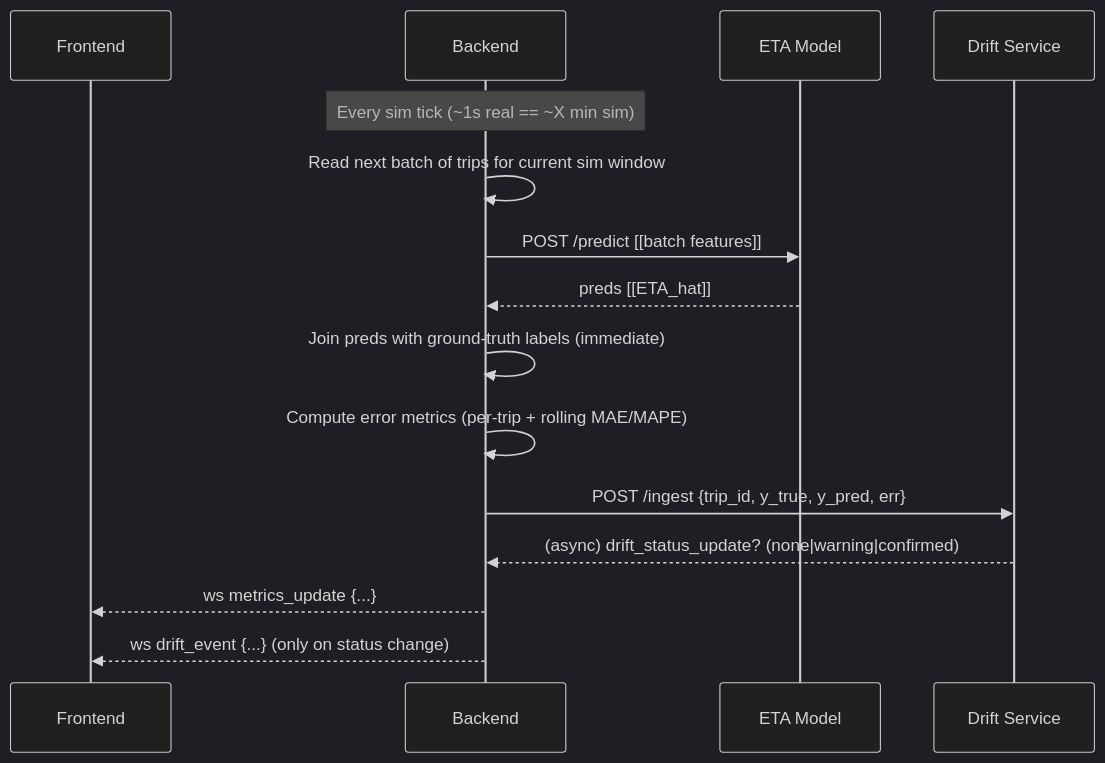
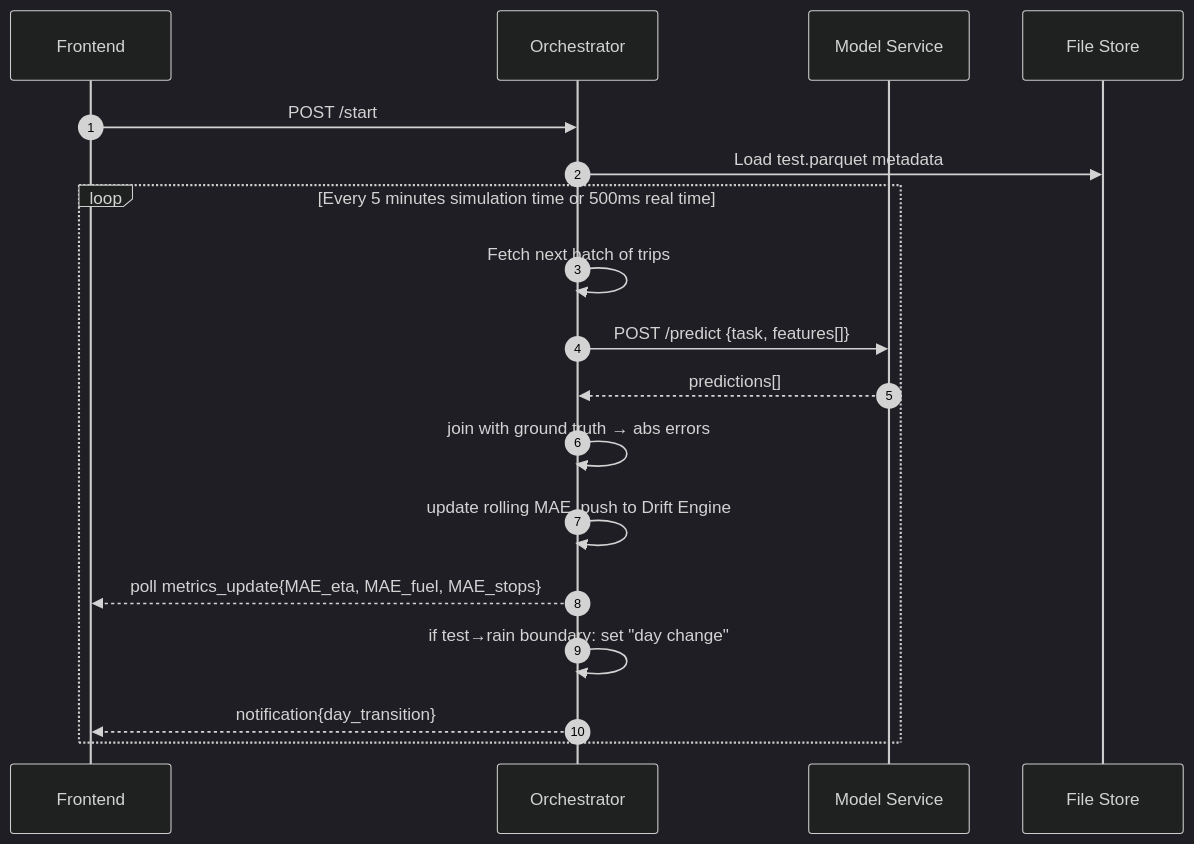
The second of 4 diagrams in platform.md (geokyr/diploma-thesis), drawn with Mermaid (dark theme) before and after one commit. The commit also changed other lines of this file, not shown here.

Commit message:
updated platform architecture

````diff
--- a/platform.md
+++ b/platform.md
@@ -82,18 +48,21 @@
 ```mermaid
 sequenceDiagram
-    participant UI as Frontend
-    participant BE as Backend
-    participant M1 as ETA Model
-    participant DR as Drift Service
+  autonumber
+  participant UI as Frontend
+  participant ORCH as Orchestrator
+  participant MS as Model Service
+  participant FS as File Store
 
-    Note over BE: Every sim tick (~1s real == ~X min sim)
-    BE->>BE: Read next batch of trips for current sim window
-    BE->>M1: POST /predict [[batch features]]
-    M1-->>BE: preds [[ETA_hat]]
-    BE->>BE: Join preds with ground-truth labels (immediate)
-    BE->>BE: Compute error metrics (per-trip + rolling MAE/MAPE)
-    BE->>DR: POST /ingest {trip_id, y_true, y_pred, err}
-    DR-->>BE: (async) drift_status_update? (none|warning|confirmed)
-    BE-->>UI: ws metrics_update {...}
-    BE-->>UI: ws drift_event {...} (only on status change)
+  UI->>ORCH: POST /start
+  ORCH->>FS: Load test.parquet metadata
+  loop Every 5 minutes simulation time or 500ms real time
+    ORCH->>ORCH: Fetch next batch of trips
+    ORCH->>MS: POST /predict {task, features[]}
+    MS-->>ORCH: predictions[]
+    ORCH->>ORCH: join with ground truth → abs errors
+    ORCH->>ORCH: update rolling MAE, push to Drift Engine
+    ORCH-->>UI: poll metrics_update{MAE_eta, MAE_fuel, MAE_stops}
+    ORCH->>ORCH: if test→rain boundary: set "day change"
+    ORCH-->>UI: notification{day_transition}
+  end
 ```
````
